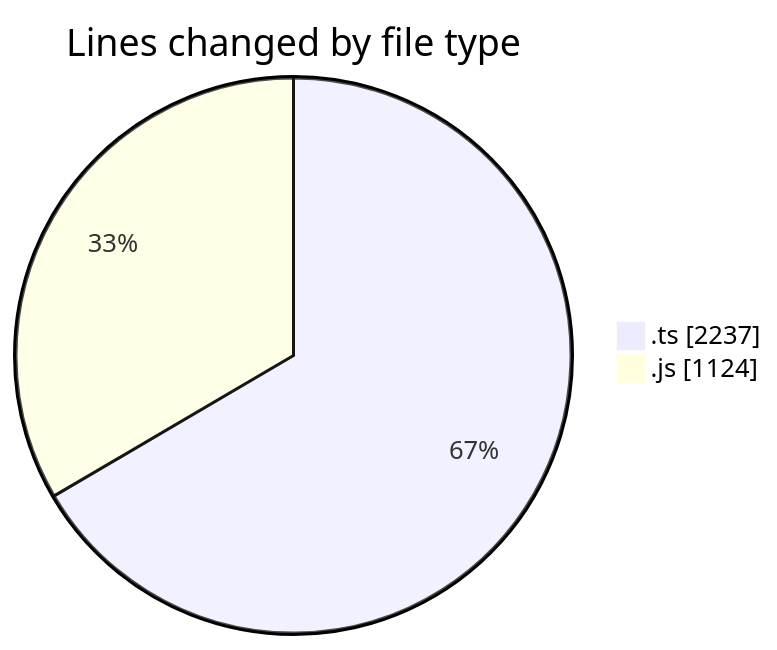
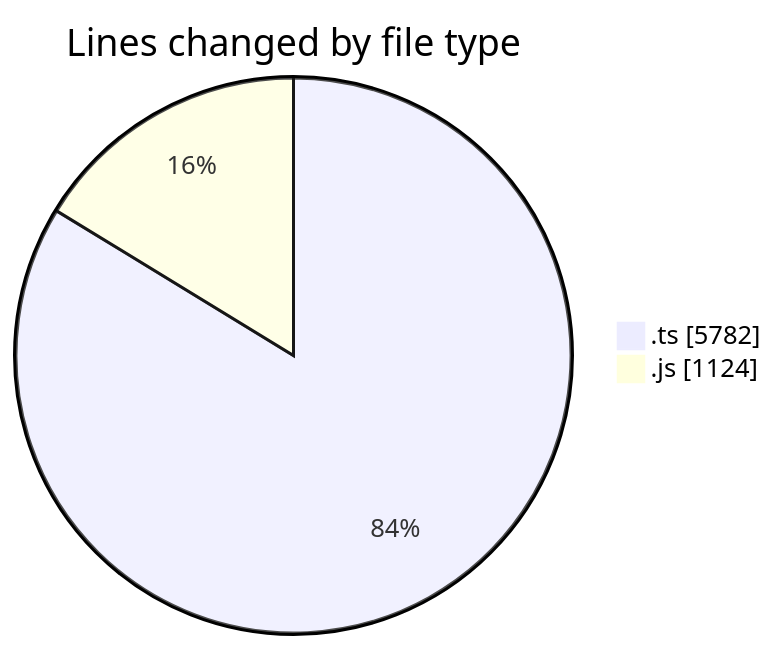
Before and after one commit to momahboobian/code-tracking: the first of 2 diagrams in 2026-10-23/cda/README.md, drawn with Mermaid. The commit also changed other lines of this file and 1 other file, not shown here.

````diff
--- a/2026-10-23/cda/README.md
+++ b/2026-10-23/cda/README.md
@@ -24,6 +28,6 @@
 ```mermaid
 pie showData
 title Lines changed by file type
-".ts" : 2237
+".ts" : 5782
 ".js" : 1124
 ```
````
